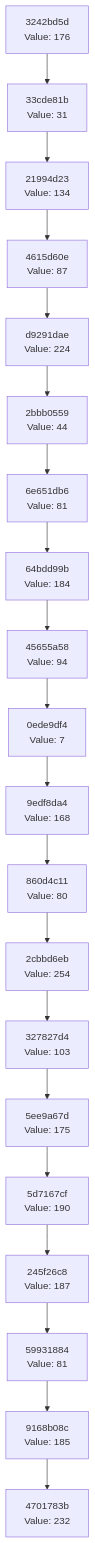
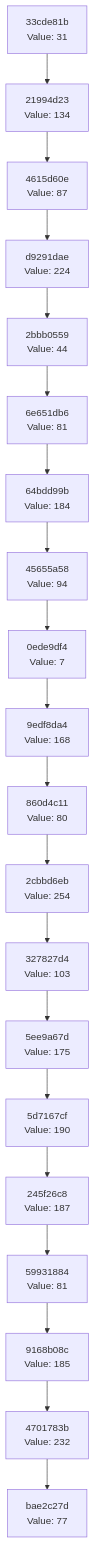
Before and after one commit to Abhisheksinha1506/hash-chain-evolver: the diagram in docs/CHAIN_VISUALIZATION.md, drawn with Mermaid. The commit also changed 3 other files, not shown here.

````diff
--- a/docs/CHAIN_VISUALIZATION.md
+++ b/docs/CHAIN_VISUALIZATION.md
@@ -3,42 +3,42 @@
 ```mermaid
 graph TD
-    C0["4701783b<br/>Value: 232"]
-    C1["9168b08c<br/>Value: 185"]
+    C0["bae2c27d<br/>Value: 77"]
+    C1["4701783b<br/>Value: 232"]
     C1 --> C0
-    C2["59931884<br/>Value: 81"]
+    C2["9168b08c<br/>Value: 185"]
     C2 --> C1
-    C3["245f26c8<br/>Value: 187"]
+    C3["59931884<br/>Value: 81"]
     C3 --> C2
-    C4["5d7167cf<br/>Value: 190"]
+    C4["245f26c8<br/>Value: 187"]
     C4 --> C3
-    C5["5ee9a67d<br/>Value: 175"]
+    C5["5d7167cf<br/>Value: 190"]
     C5 --> C4
-    C6["327827d4<br/>Value: 103"]
+    C6["5ee9a67d<br/>Value: 175"]
     C6 --> C5
-    C7["2cbbd6eb<br/>Value: 254"]
+    C7["327827d4<br/>Value: 103"]
     C7 --> C6
-    C8["860d4c11<br/>Value: 80"]
+    C8["2cbbd6eb<br/>Value: 254"]
     C8 --> C7
-    C9["9edf8da4<br/>Value: 168"]
+    C9["860d4c11<br/>Value: 80"]
     C9 --> C8
-    C10["0ede9df4<br/>Value: 7"]
+    C10["9edf8da4<br/>Value: 168"]
     C10 --> C9
-    C11["45655a58<br/>Value: 94"]
+    C11["0ede9df4<br/>Value: 7"]
     C11 --> C10
-    C12["64bdd99b<br/>Value: 184"]
+    C12["45655a58<br/>Value: 94"]
     C12 --> C11
-    C13["6e651db6<br/>Value: 81"]
+    C13["64bdd99b<br/>Value: 184"]
     C13 --> C12
-    C14["2bbb0559<br/>Value: 44"]
+    C14["6e651db6<br/>Value: 81"]
     C14 --> C13
-    C15["d9291dae<br/>Value: 224"]
+    C15["2bbb0559<br/>Value: 44"]
     C15 --> C14
-    C16["4615d60e<br/>Value: 87"]
+    C16["d9291dae<br/>Value: 224"]
     C16 --> C15
-    C17["21994d23<br/>Value: 134"]
+    C17["4615d60e<br/>Value: 87"]
     C17 --> C16
-    C18["33cde81b<br/>Value: 31"]
+    C18["21994d23<br/>Value: 134"]
     C18 --> C17
-    C19["3242bd5d<br/>Value: 176"]
+    C19["33cde81b<br/>Value: 31"]
     C19 --> C18
 ```
````
